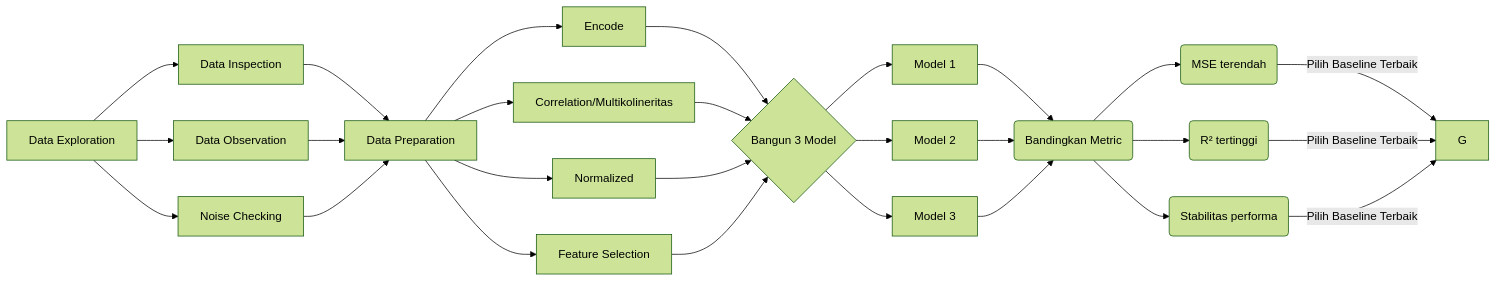
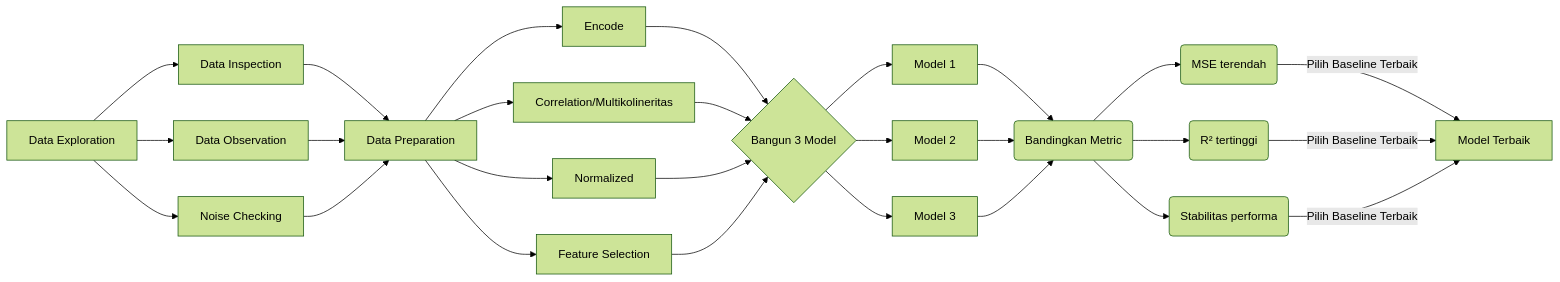
The second of 4 diagrams in README.md (AkbarArsanata/Analisis-Freelancer), drawn with Mermaid (forest theme) before and after one commit.

````diff
--- a/README.md
+++ b/README.md
@@ -127,36 +127,36 @@
 ```mermaid
 graph LR
 
    A[Data Exploration] --> A1[Data Inspection]
     A --> A2[Data Observation]
     A --> A3[Noise Checking]
     A1 --> B[Data Preparation]
     A2 --> B
     A3 --> B
 
     B --> C1[Encode]
     B --> C2[Correlation/Multikolineritas]
     B --> C3[Normalized]
     B --> C4[Feature Selection]
     
     C1 --> D{Bangun 3 Model}
     C2 --> D
     C3 --> D
     C4 --> D
 
   D --> D1[Model 1]
   D --> D2[Model 2] 
   D --> D3[Model 3]
 
   D1-->E(Bandingkan Metric)
   D2-->E
   D3-->E
   
   E-->F1(MSE terendah)
   E-->F2(R² tertinggi)
   E-->F3(Stabilitas performa)
 
-   F1-->|Pilih Baseline Terbaik|G
+   F1-->|Pilih Baseline Terbaik|G[Model Terbaik]
    F2-->|Pilih Baseline Terbaik|G
    F3-->|Pilih Baseline Terbaik|G
 ```
````
